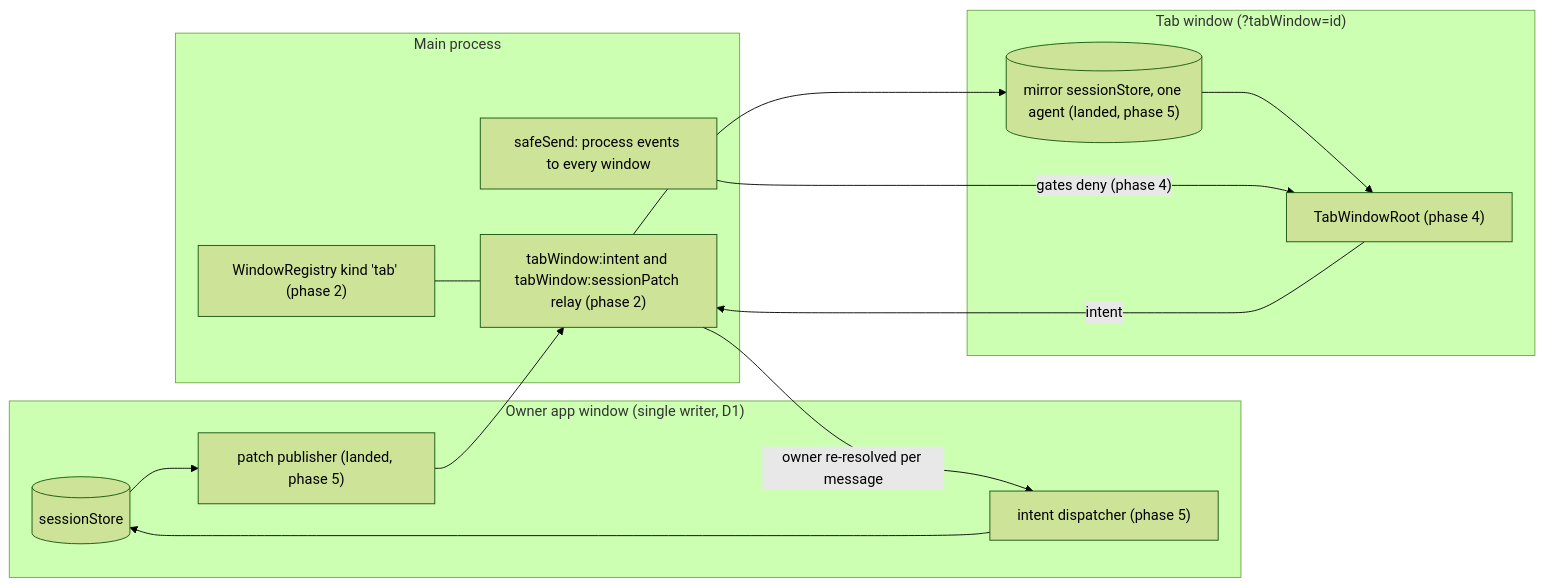
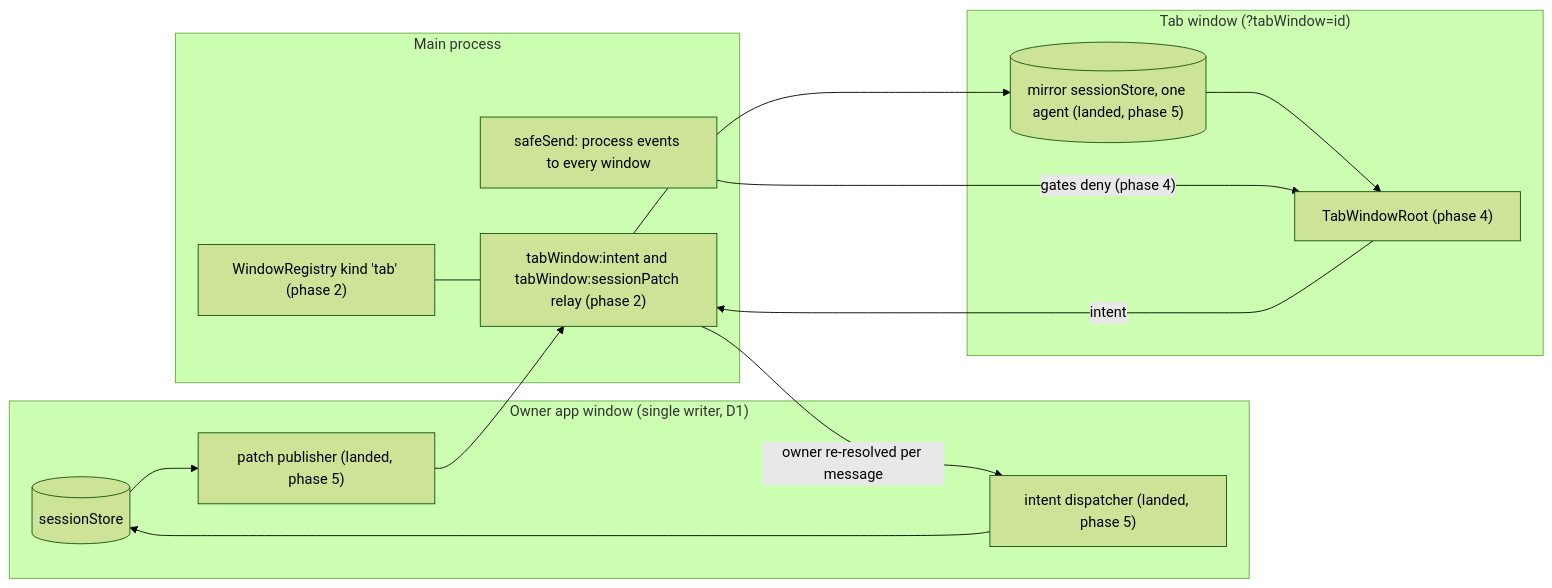
Before and after one commit to 0xH3li0/Maestro: the first of 4 diagrams in docs/agent-guides/TAB-WINDOWS.md, drawn with Mermaid (forest theme). The commit also changed other lines of this file and 95 other files, not shown here.

````diff
--- a/docs/agent-guides/TAB-WINDOWS.md
+++ b/docs/agent-guides/TAB-WINDOWS.md
@@ -7,21 +7,21 @@
 ```mermaid
 flowchart LR
 	subgraph OWNER["Owner app window (single writer, D1)"]
 		SS[("sessionStore")]
 		PUB["patch publisher (landed, phase 5)"]
-		DISP["intent dispatcher (phase 5)"]
+		DISP["intent dispatcher (landed, phase 5)"]
 	end
 	subgraph MAIN["Main process"]
 		REG["WindowRegistry kind 'tab' (phase 2)"]
 		RELAY["tabWindow:intent and tabWindow:sessionPatch relay (phase 2)"]
 		SAFE["safeSend: process events to every window"]
 	end
 	subgraph TW["Tab window (?tabWindow=id)"]
 		ROOT["TabWindowRoot (phase 4)"]
 		MIRROR[("mirror sessionStore, one agent (landed, phase 5)")]
 	end
 	SS --> PUB --> RELAY --> MIRROR --> ROOT
 	ROOT -- "intent" --> RELAY -- "owner re-resolved per message" --> DISP --> SS
 	REG --- RELAY
 	SAFE -- "gates deny (phase 4)" --> ROOT
 ```
````
